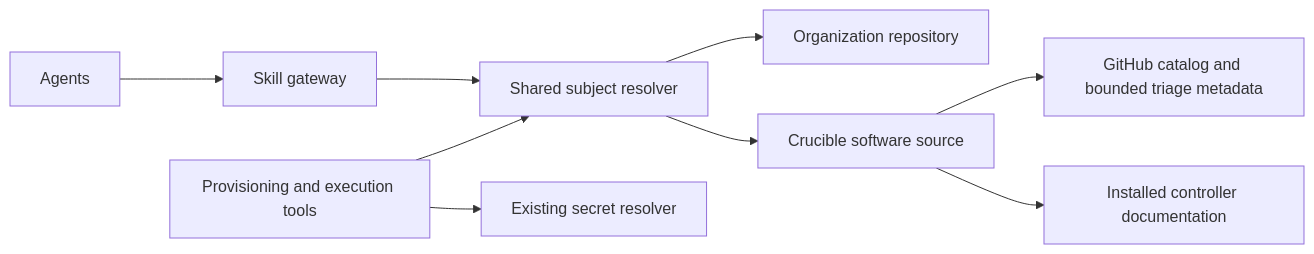
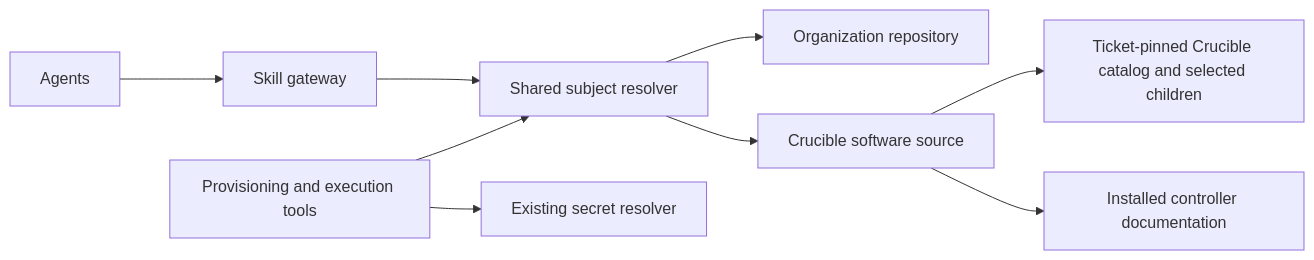
One commit to atheurer/agentic-perf changed the diagram in docs/design-skill-gateway.md. Above: the diagram before and after it, drawn with Mermaid. The commit also changed other lines of this file and 5 other files, not shown here.

````diff
--- a/docs/design-skill-gateway.md
+++ b/docs/design-skill-gateway.md
@@ -62,11 +62,11 @@
 ```mermaid
 flowchart LR
     Agents --> Gateway[Skill gateway]
     Gateway --> Resolver[Shared subject resolver]
     Tools[Provisioning and execution tools] --> Resolver
     Resolver --> Org[Organization repository]
     Resolver --> Software[Crucible software source]
-    Software --> GitHub[GitHub catalog and bounded triage metadata]
+    Software --> GitHub[Ticket-pinned Crucible catalog and selected children]
     Software --> Controller[Installed controller documentation]
     Tools --> Secrets[Existing secret resolver]
 ```
````
